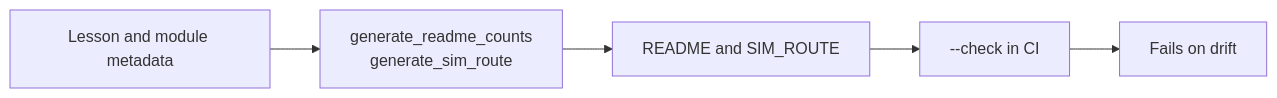
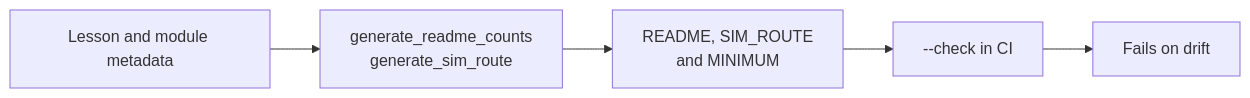
Before and after one commit to TLE47/Mechatronics-Roadmap: the diagram in docs/VERIFICATION.md, drawn with Mermaid. The commit also changed other lines of this file and 17 other files, not shown here.

````diff
--- a/docs/VERIFICATION.md
+++ b/docs/VERIFICATION.md
@@ -13,4 +13,4 @@
 ```mermaid
 flowchart LR
-    Meta["Lesson and module metadata"] --> Gen["generate_readme_counts<br/>generate_sim_route"] --> Page["README and SIM_ROUTE"] --> Check["--check in CI"] --> Fail["Fails on drift"]
+    Meta["Lesson and module metadata"] --> Gen["generate_readme_counts<br/>generate_sim_route"] --> Page["README, SIM_ROUTE<br/>and MINIMUM"] --> Check["--check in CI"] --> Fail["Fails on drift"]
 ```
````
